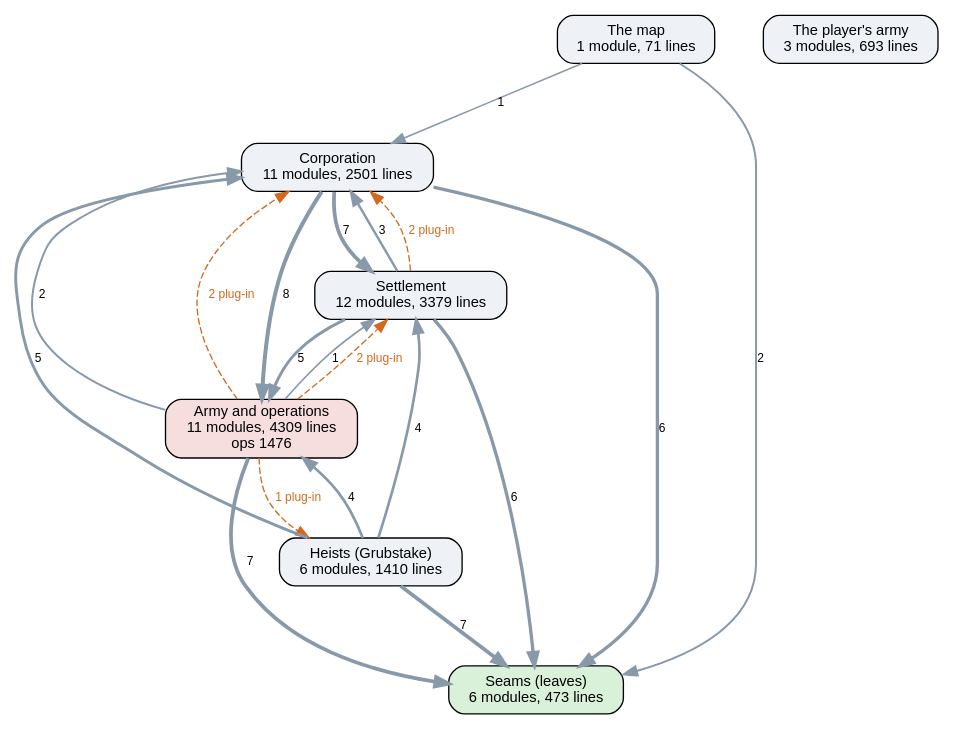
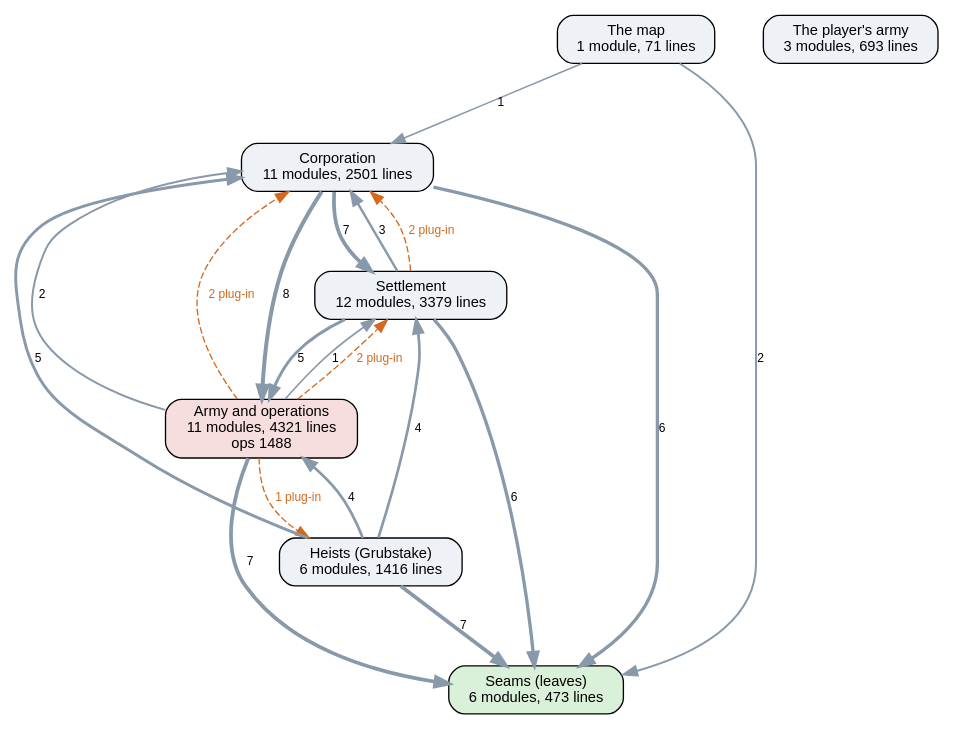
Before and after one commit to kinelhu/landing-party: the diagram in docs/ai-layers.dot, drawn with Graphviz. The commit also changed 13 other files, not shown here.

```diff
--- a/docs/ai-layers.dot
+++ b/docs/ai-layers.dot
@@ -1,31 +1,31 @@
 digraph layers {
   graph [rankdir=TB, fontname="Helvetica", nodesep=0.5, ranksep=0.7];
   node [shape=box, style="rounded,filled", fontname="Helvetica", fontsize=11, fillcolor="#eef2f7"];
   edge [color="#8899aa", fontname="Helvetica", fontsize=9];
   "Seams (leaves)" [label="Seams (leaves)\n6 modules, 473 lines", fillcolor="#d9f0d9"];
   "Corporation" [label="Corporation\n11 modules, 2501 lines", fillcolor="#eef2f7"];
   "Settlement" [label="Settlement\n12 modules, 3379 lines", fillcolor="#eef2f7"];
-  "Army and operations" [label="Army and operations\n11 modules, 4309 lines\nops 1476", fillcolor="#f7dede"];
-  "Heists (Grubstake)" [label="Heists (Grubstake)\n6 modules, 1410 lines", fillcolor="#eef2f7"];
+  "Army and operations" [label="Army and operations\n11 modules, 4321 lines\nops 1488", fillcolor="#f7dede"];
+  "Heists (Grubstake)" [label="Heists (Grubstake)\n6 modules, 1416 lines", fillcolor="#eef2f7"];
   "The map" [label="The map\n1 module, 71 lines", fillcolor="#eef2f7"];
   "The player's army" [label="The player's army\n3 modules, 693 lines", fillcolor="#eef2f7"];
   "Army and operations" -> "Corporation" [label="2", penwidth=1.5];
   "Army and operations" -> "Seams (leaves)" [label="7", penwidth=2.8];
   "Army and operations" -> "Settlement" [label="1", penwidth=1.2];
   "Corporation" -> "Army and operations" [label="8", penwidth=3.0];
   "Corporation" -> "Seams (leaves)" [label="6", penwidth=2.5];
   "Corporation" -> "Settlement" [label="7", penwidth=2.8];
   "Heists (Grubstake)" -> "Army and operations" [label="4", penwidth=2.0];
   "Heists (Grubstake)" -> "Corporation" [label="5", penwidth=2.2];
   "Heists (Grubstake)" -> "Seams (leaves)" [label="7", penwidth=2.8];
   "Heists (Grubstake)" -> "Settlement" [label="4", penwidth=2.0];
   "Settlement" -> "Army and operations" [label="5", penwidth=2.2];
   "Settlement" -> "Corporation" [label="3", penwidth=1.8];
   "Settlement" -> "Seams (leaves)" [label="6", penwidth=2.5];
   "The map" -> "Corporation" [label="1", penwidth=1.2];
   "The map" -> "Seams (leaves)" [label="2", penwidth=1.5];
   "Army and operations" -> "Corporation" [style=dashed, color="#d2691e", fontcolor="#d2691e", label="2 plug-in"];
   "Army and operations" -> "Heists (Grubstake)" [style=dashed, color="#d2691e", fontcolor="#d2691e", label="1 plug-in"];
   "Army and operations" -> "Settlement" [style=dashed, color="#d2691e", fontcolor="#d2691e", label="2 plug-in"];
   "Settlement" -> "Corporation" [style=dashed, color="#d2691e", fontcolor="#d2691e", label="2 plug-in"];
 }
```
